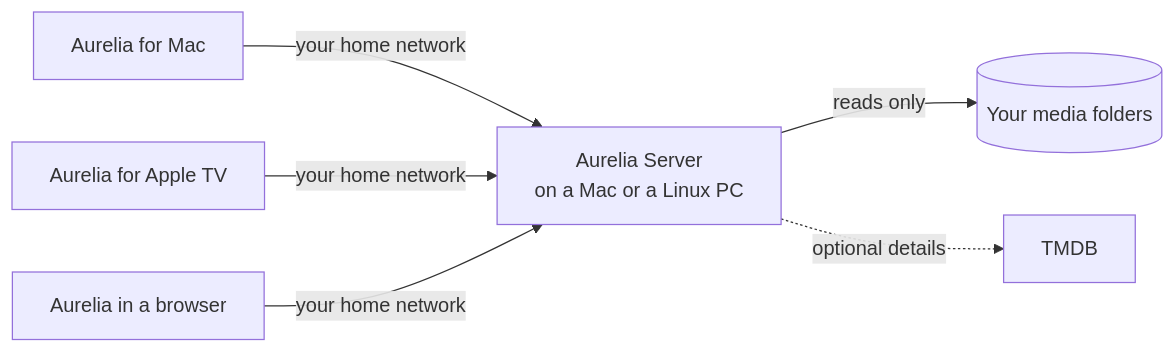
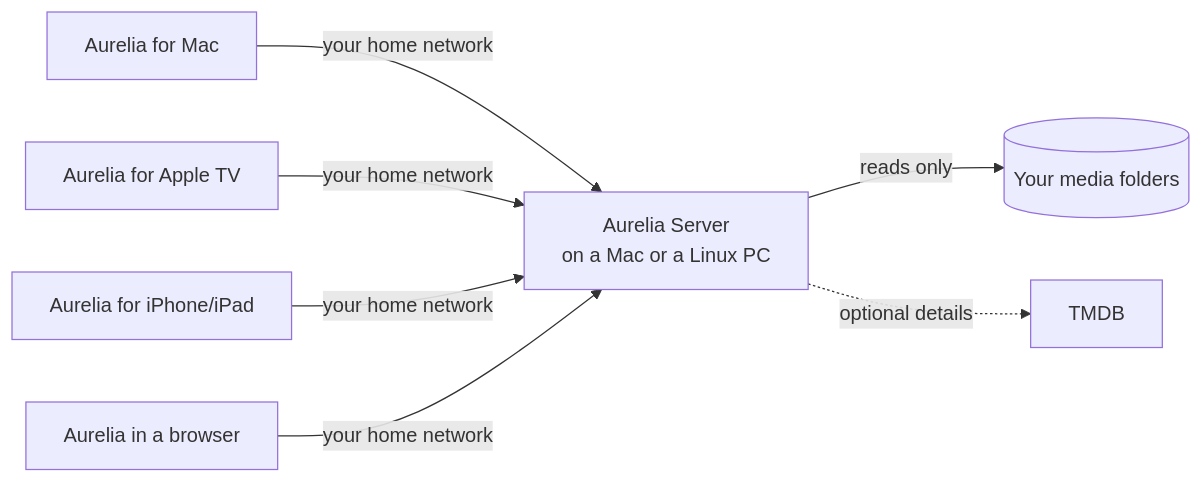
One commit to lucaskleinsteuber/Aurelia changed the diagram in README.md. Above: the diagram before and after it, drawn with Mermaid. The commit also changed other lines of this file and 3 other files, not shown here.

````diff
--- a/README.md
+++ b/README.md
@@ -80,8 +81,9 @@
 ```mermaid
 flowchart LR
     mac["Aurelia for Mac"] -- "your home network" --> server
     tv["Aurelia for Apple TV"] -- "your home network" --> server
+    ios["Aurelia for iPhone/iPad"] -- "your home network" --> server
     web["Aurelia in a browser"] -- "your home network" --> server
     server["Aurelia Server<br/>on a Mac or a Linux PC"] -- "reads only" --> media[("Your media folders")]
     server -. "optional details" .-> tmdb["TMDB"]
 ```
````
